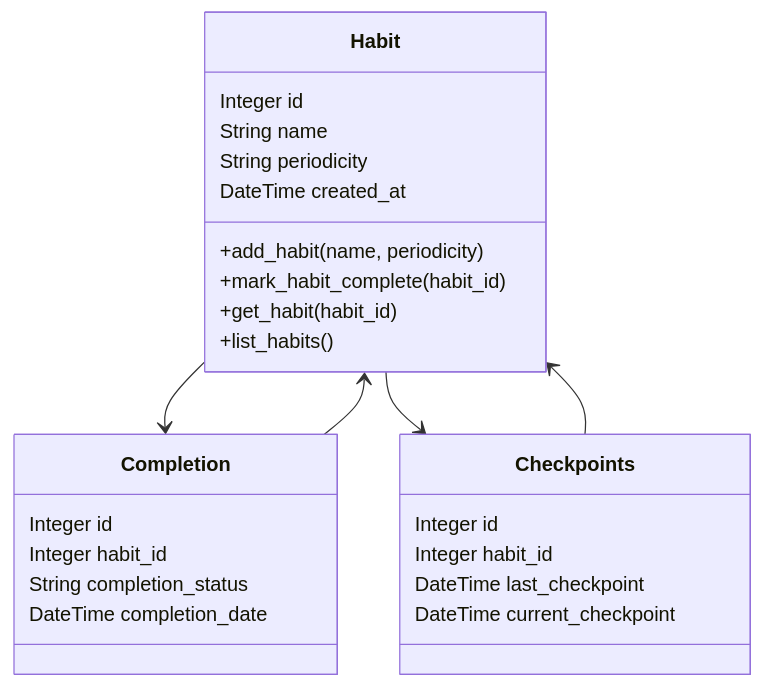
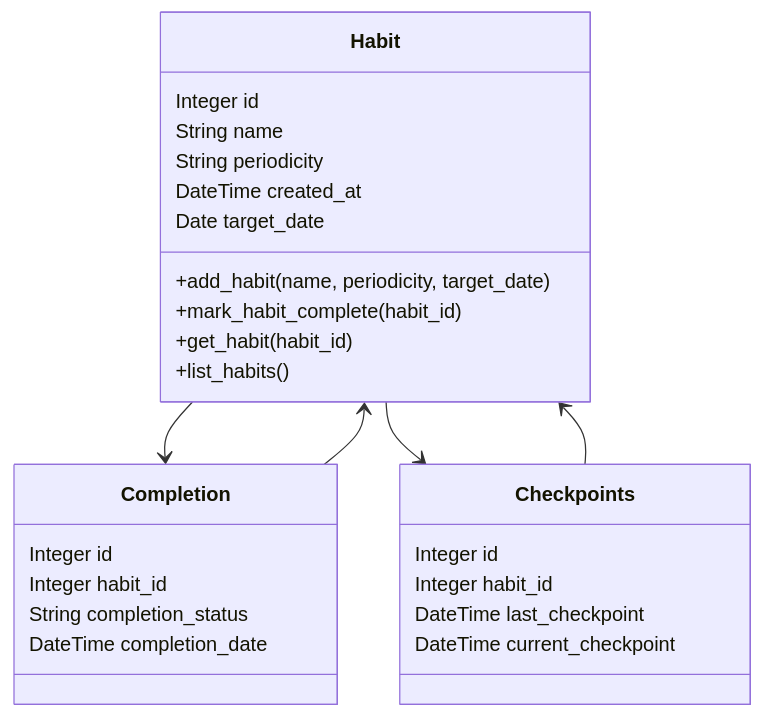
Before and after one commit to XeniaJun/HabitTracking: the diagram in uml/DatabaseModule_Class.mmd, drawn with Mermaid. The commit also changed 4 other files, not shown here.

```diff
--- a/uml/DatabaseModule_Class.mmd
+++ b/uml/DatabaseModule_Class.mmd
@@ -1,30 +1,31 @@
 classDiagram
     class Habit {
         Integer id
         String name
         String periodicity
         DateTime created_at
-        +add_habit(name, periodicity)
+        Date target_date
+        +add_habit(name, periodicity, target_date)
         +mark_habit_complete(habit_id)
         +get_habit(habit_id)
         +list_habits()
     }
 
     class Completion {
         Integer id
         Integer habit_id
         String completion_status
         DateTime completion_date
     }
 
     class Checkpoints {
         Integer id
         Integer habit_id
         DateTime last_checkpoint
         DateTime current_checkpoint
     }
 
     Habit --> Completion
     Habit --> Checkpoints
     Completion --> Habit
     Checkpoints --> Habit
```
